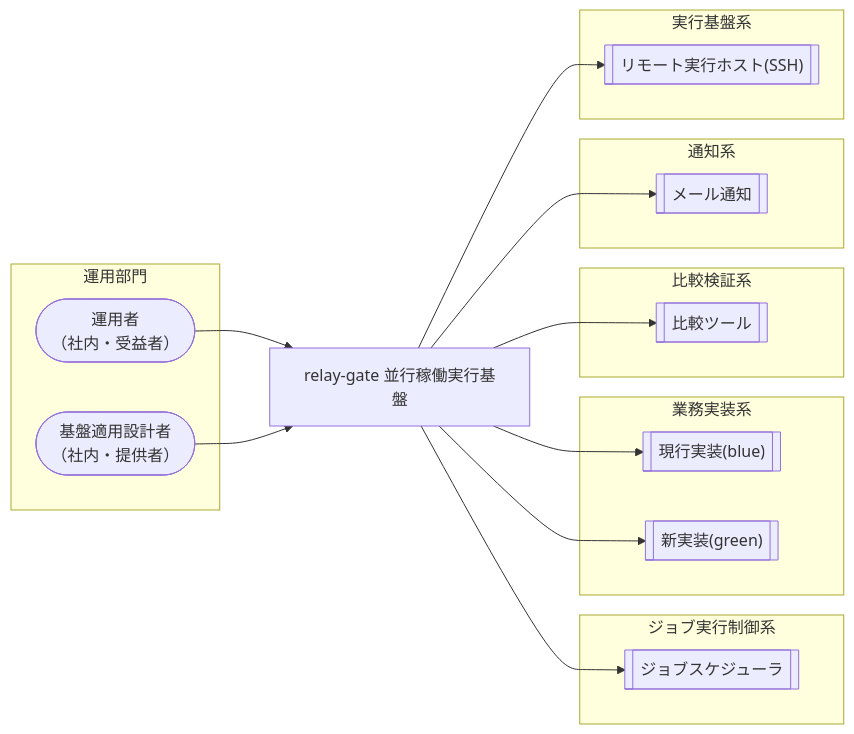
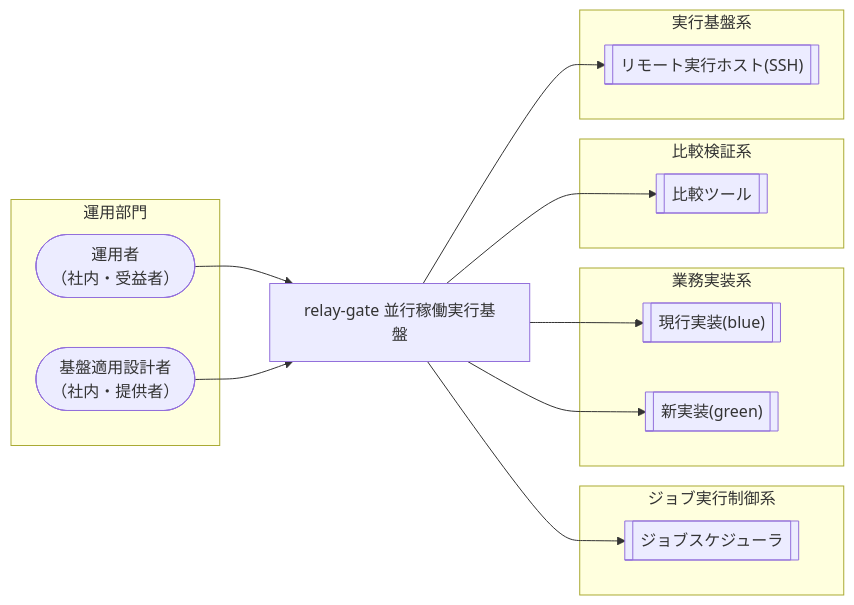
The diagram in docs/rdra/latest/views/01_システムコンテキスト.md (suwa-sh/relay-gate), drawn with Mermaid before and after one commit. The commit also changed other lines of this file and 3014 other files, not shown here.

````diff
--- a/docs/rdra/latest/views/01_システムコンテキスト.md
+++ b/docs/rdra/latest/views/01_システムコンテキスト.md
@@ -7,32 +7,28 @@
 ```mermaid
 graph LR
   subgraph AG1["運用部門"]
     AC1(["運用者<br/>（社内・受益者）"])
     AC2(["基盤適用設計者<br/>（社内・提供者）"])
   end
   SYS["relay-gate 並行稼働実行基盤"]
   subgraph EG1["ジョブ実行制御系"]
     EX1[["ジョブスケジューラ"]]
   end
   subgraph EG2["業務実装系"]
     EX2[["現行実装(blue)"]]
     EX3[["新実装(green)"]]
   end
   subgraph EG3["比較検証系"]
     EX4[["比較ツール"]]
   end
-  subgraph EG4["通知系"]
-    EX5[["メール通知"]]
-  end
-  subgraph EG5["実行基盤系"]
-    EX6[["リモート実行ホスト(SSH)"]]
+  subgraph EG4["実行基盤系"]
+    EX5[["リモート実行ホスト(SSH)"]]
   end
   AC1 --> SYS
   AC2 --> SYS
   SYS --> EX1
   SYS --> EX2
   SYS --> EX3
   SYS --> EX4
   SYS --> EX5
-  SYS --> EX6
 ```
````
